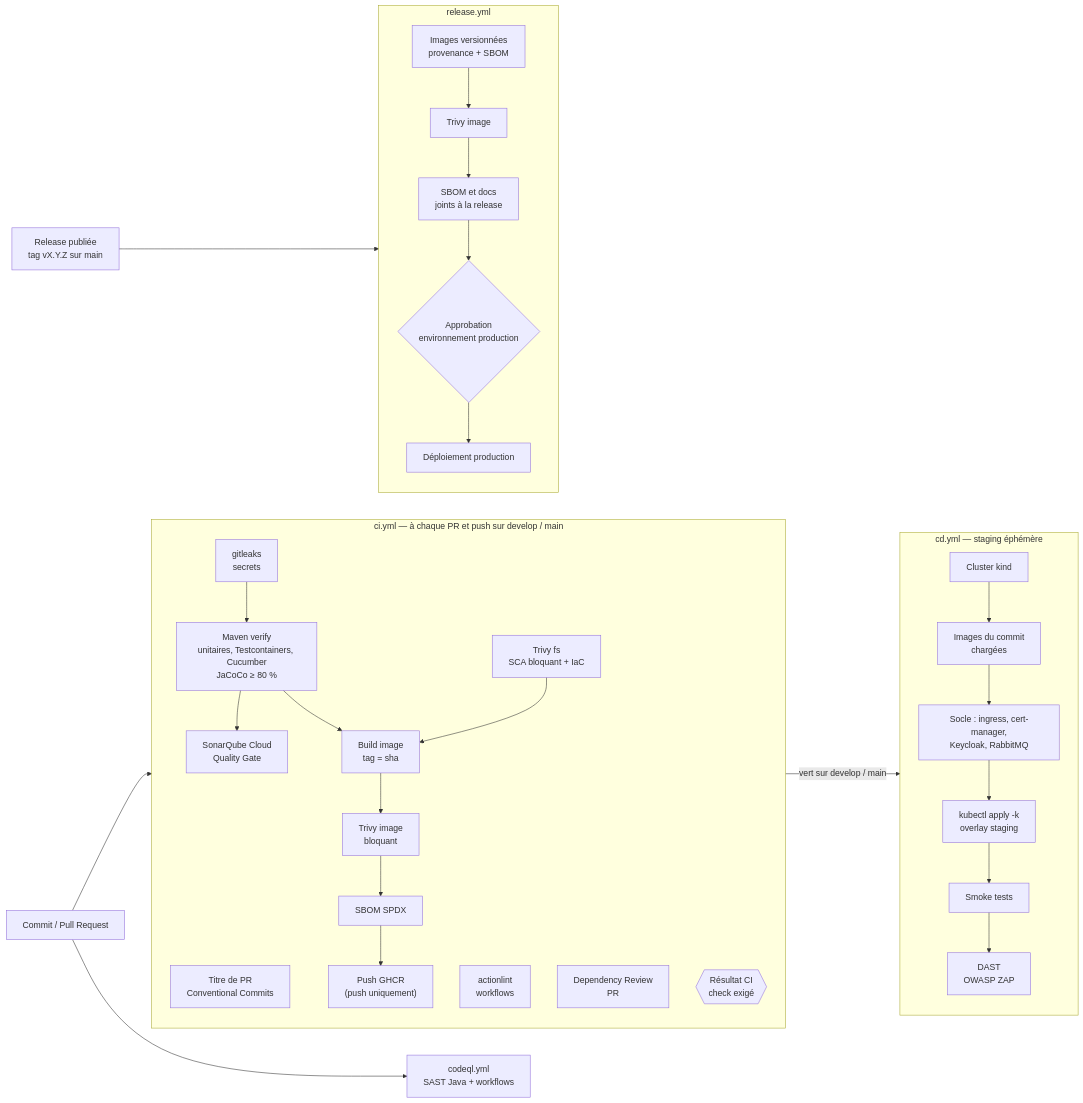
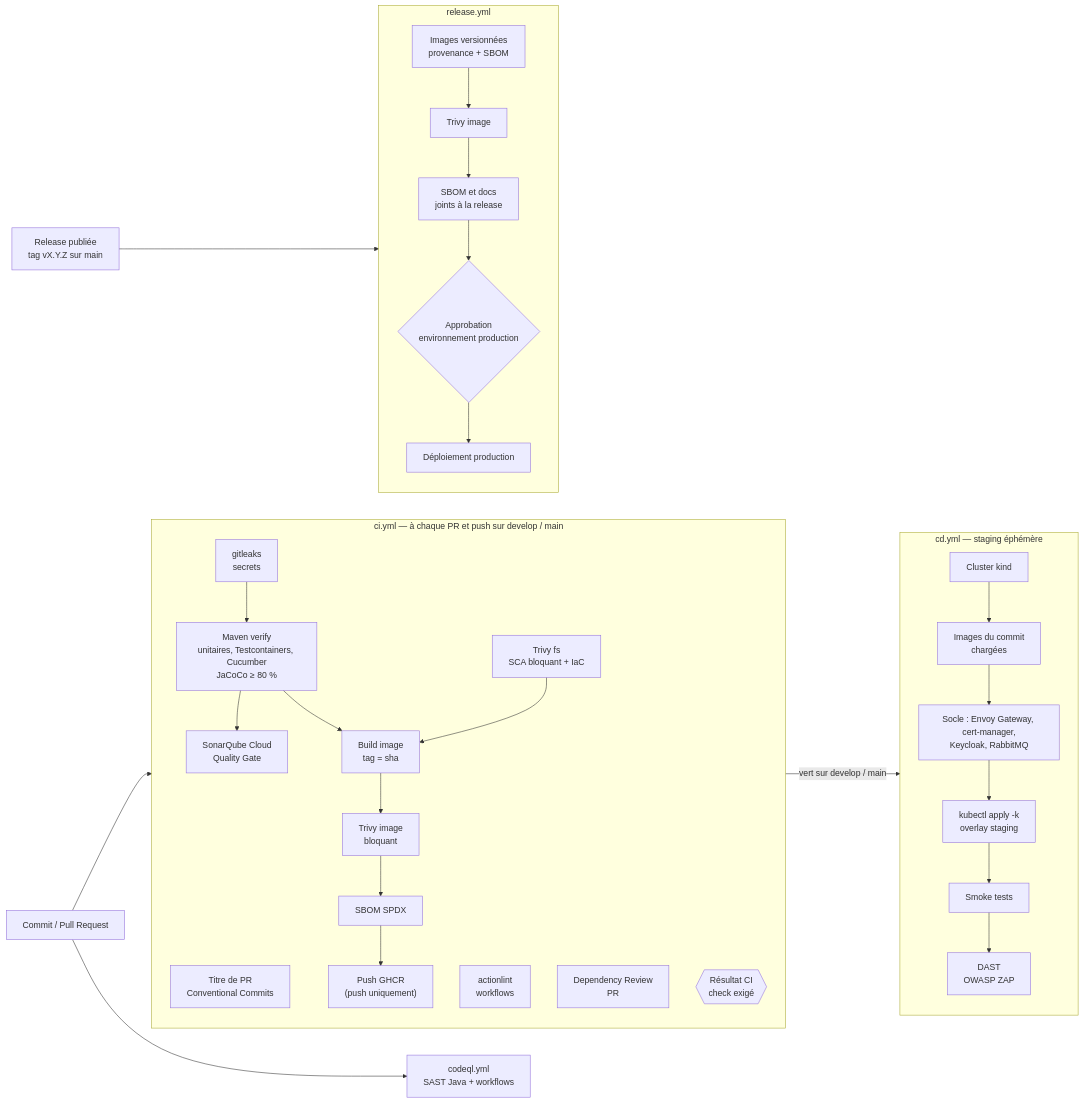
Before and after one commit to mbanzaroger/petitemaisonepouvante: the diagram in docs/02-cicd-pipeline.md, drawn with Mermaid. The commit also changed 11 other files, not shown here.

First line of the commit message:
docs(e1): résultats, ADR-003 Gateway API à la place d'Ingress NGINX retiré

````diff
--- a/docs/02-cicd-pipeline.md
+++ b/docs/02-cicd-pipeline.md
@@ -7,34 +7,34 @@
 ```mermaid
 flowchart LR
     DEV["Commit / Pull Request"] --> CI
     subgraph CI["ci.yml — à chaque PR et push sur develop / main"]
         direction TB
         C0["Titre de PR<br/>Conventional Commits"]
         C1["actionlint<br/>workflows"]
         C2["gitleaks<br/>secrets"]
         C3["Trivy fs<br/>SCA bloquant + IaC"]
         C4["Dependency Review<br/>PR"]
         C5["Maven verify<br/>unitaires, Testcontainers, Cucumber<br/>JaCoCo ≥ 80 %"]
         C6["SonarQube Cloud<br/>Quality Gate"]
         C7["Build image<br/>tag = sha"]
         C8["Trivy image<br/>bloquant"]
         C9["SBOM SPDX"]
         C10["Push GHCR<br/>(push uniquement)"]
         C2 --> C5 --> C6
         C3 --> C7
         C5 --> C7 --> C8 --> C9 --> C10
         OK{{"Résultat CI<br/>check exigé"}}
     end
     DEV --> Q["codeql.yml<br/>SAST Java + workflows"]
     CI -->|"vert sur develop / main"| CD
     subgraph CD["cd.yml — staging éphémère"]
         direction TB
-        D1["Cluster kind"] --> D2["Images du commit<br/>chargées"] --> D3["Socle : ingress, cert-manager,<br/>Keycloak, RabbitMQ"] --> D4["kubectl apply -k<br/>overlay staging"] --> D5["Smoke tests"] --> D6["DAST<br/>OWASP ZAP"]
+        D1["Cluster kind"] --> D2["Images du commit<br/>chargées"] --> D3["Socle : Envoy Gateway, cert-manager,<br/>Keycloak, RabbitMQ"] --> D4["kubectl apply -k<br/>overlay staging"] --> D5["Smoke tests"] --> D6["DAST<br/>OWASP ZAP"]
     end
     REL["Release publiée<br/>tag vX.Y.Z sur main"] --> R
     subgraph R["release.yml"]
         direction TB
         R1["Images versionnées<br/>provenance + SBOM"] --> R2["Trivy image"] --> R3["SBOM et docs<br/>joints à la release"]
         R3 --> R4{"Approbation<br/>environnement production"} --> R5["Déploiement production"]
     end
 ```
````
